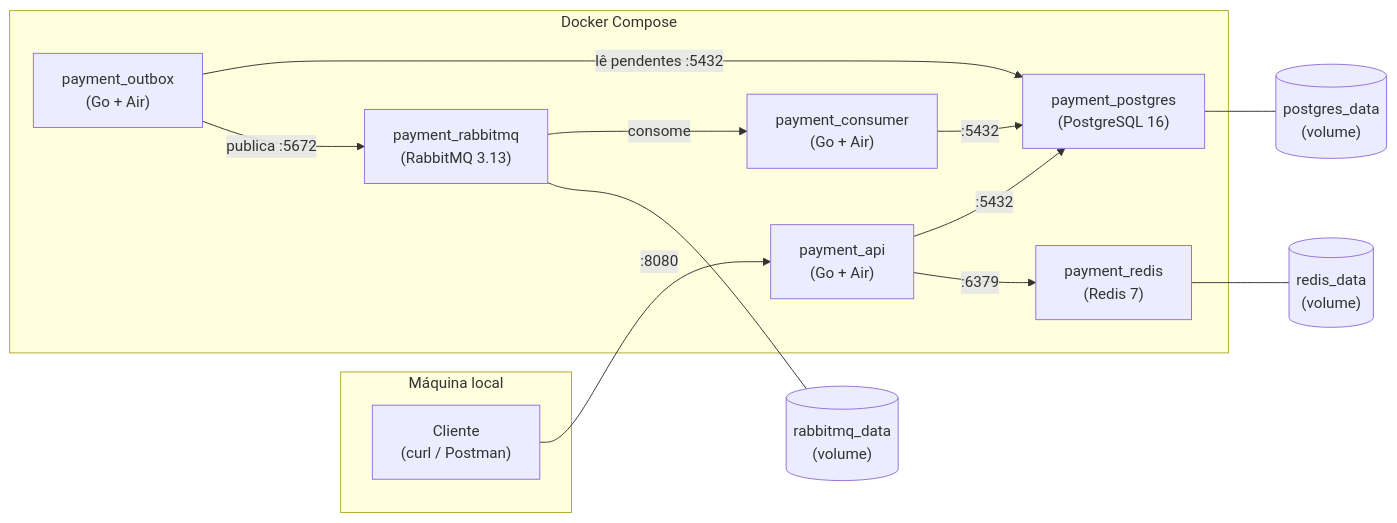
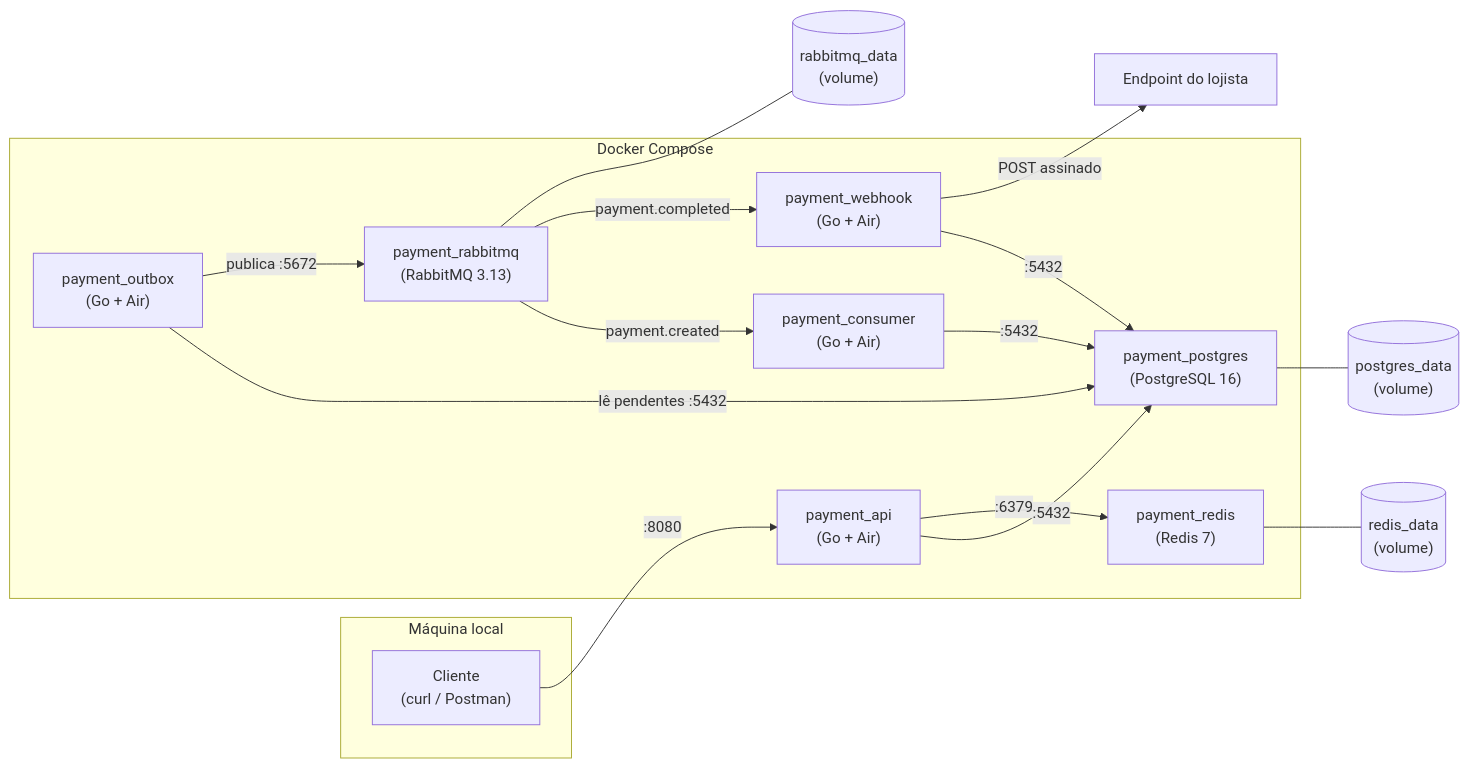
The seventh of 7 diagrams in README.md (VictordaSilvaf/payment_service), drawn with Mermaid before and after one commit. The commit also changed other lines of this file and 39 other files, not shown here.

````diff
--- a/README.md
+++ b/README.md
@@ -288,27 +338,33 @@
 ```mermaid
 flowchart LR
     subgraph Host["Máquina local"]
         Client["Cliente\n(curl / Postman)"]
     end
 
     subgraph Docker["Docker Compose"]
         API["payment_api\n(Go + Air)"]
         Outbox["payment_outbox\n(Go + Air)"]
         Consumer["payment_consumer\n(Go + Air)"]
+        Webhook["payment_webhook\n(Go + Air)"]
         PG["payment_postgres\n(PostgreSQL 16)"]
         RD["payment_redis\n(Redis 7)"]
         RMQ["payment_rabbitmq\n(RabbitMQ 3.13)"]
     end
+
+    Merchant["Endpoint do lojista"]
 
     Client -->|:8080| API
     API -->|:5432| PG
     API -->|:6379| RD
     Outbox -->|lê pendentes :5432| PG
     Outbox -->|publica :5672| RMQ
-    RMQ -->|consome| Consumer
+    RMQ -->|payment.created| Consumer
     Consumer -->|:5432| PG
+    RMQ -->|payment.completed| Webhook
+    Webhook -->|:5432| PG
+    Webhook -->|POST assinado| Merchant
 
     PG --- VolPG[("postgres_data\n(volume)")]
     RD --- VolRD[("redis_data\n(volume)")]
     RMQ --- VolRMQ[("rabbitmq_data\n(volume)")]
 ```
````
